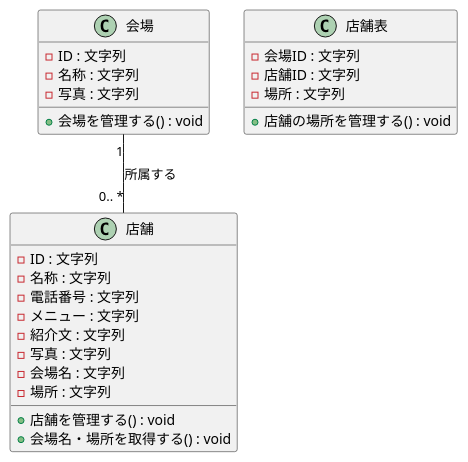
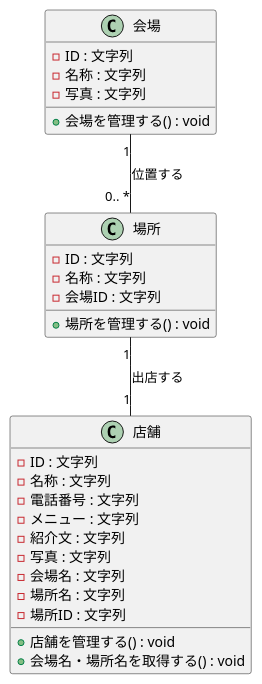
One commit to zakzakst/object-oriented-practice changed the third of 7 diagrams in 03_event-shop-app/3_実装用の図.md. Above: the diagram before and after it, drawn with PlantUML. The commit also changed other lines of this file and 2 other files, not shown here.

````diff
--- a/03_event-shop-app/3_実装用の図.md
+++ b/03_event-shop-app/3_実装用の図.md
@@ -71,29 +89,31 @@
 ```puml
 @startuml
 class 会場 {
   - ID : 文字列
   - 名称 : 文字列
   - 写真 : 文字列
   + 会場を管理する() : void
+}
+class 場所 {
+  - ID : 文字列
+  - 名称 : 文字列
+  - 会場ID : 文字列
+  + 場所を管理する() : void
 }
 class 店舗 {
   - ID : 文字列
   - 名称 : 文字列
   - 電話番号 : 文字列
   - メニュー : 文字列
   - 紹介文 : 文字列
   - 写真 : 文字列
   - 会場名 : 文字列
-  - 場所 : 文字列
+  - 場所名 : 文字列
+  - 場所ID : 文字列
   + 店舗を管理する() : void
-  + 会場名・場所を取得する() : void
+  + 会場名・場所名を取得する() : void
 }
-class 店舗表 {
-  - 会場ID : 文字列
-  - 店舗ID : 文字列
-  - 場所 : 文字列
-  + 店舗の場所を管理する() : void
-}
-会場 "1" -- "0.. *" 店舗 : 所属する
+会場 "1" -- "0.. *" 場所 : 位置する
+場所 "1" -- "1" 店舗 : 出店する
 @enduml
 ```
````
